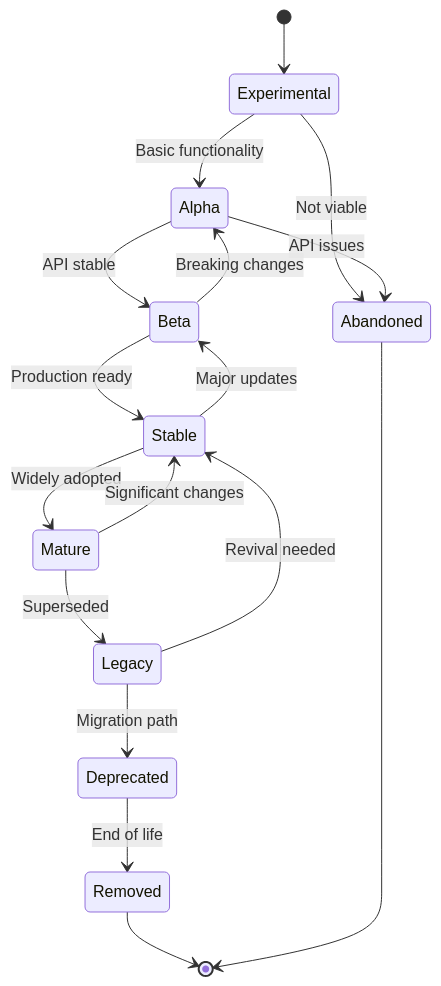
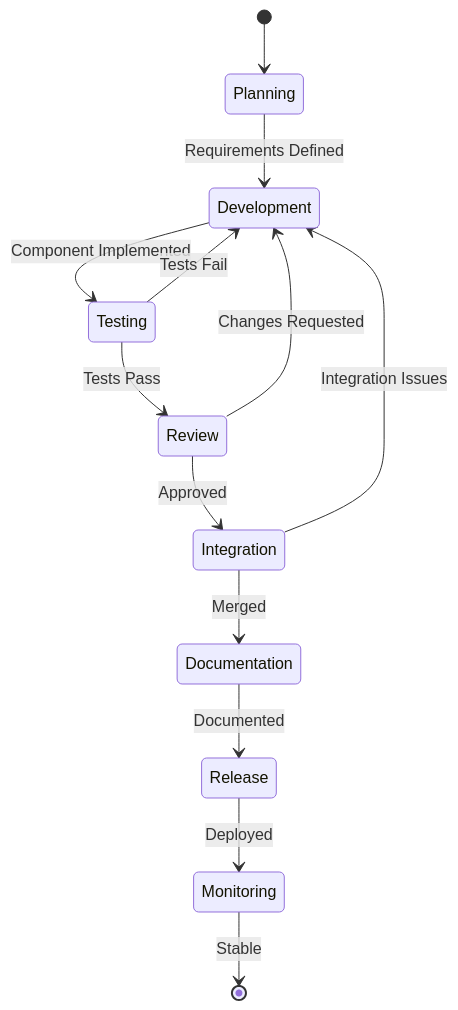
One commit to DementedWeasel1971/storybook changed the third of 5 diagrams in CLAUDE.md. Above: the diagram before and after it, drawn with Mermaid. The commit also changed other lines of this file and 4 other files, not shown here.

First line of the commit message:
feat: Implement automated CLAUDE.md generation system via Architect Crew methodology

````diff
--- a/CLAUDE.md
+++ b/CLAUDE.md
@@ -723,20 +283,16 @@
 ```mermaid
 stateDiagram-v2
-    [*] --> Experimental
-    Experimental --> Alpha: Basic functionality
-    Alpha --> Beta: API stable
-    Beta --> Stable: Production ready
-    Stable --> Mature: Widely adopted
-    Mature --> Legacy: Superseded
-    Legacy --> Deprecated: Migration path
-    Deprecated --> Removed: End of life
-    Removed --> [*]
+    [*] --> Planning
+    Planning --> Development: Requirements Defined
+    Development --> Testing: Component Implemented
+    Testing --> Review: Tests Pass
+    Review --> Integration: Approved
+    Integration --> Documentation: Merged
+    Documentation --> Release: Documented
+    Release --> Monitoring: Deployed
+    Monitoring --> [*]: Stable
     
-    Experimental --> Abandoned: Not viable
-    Alpha --> Abandoned: API issues
-    Beta --> Alpha: Breaking changes
-    Stable --> Beta: Major updates
-    Mature --> Stable: Significant changes
-    Legacy --> Stable: Revival needed
-    Abandoned --> [*]
+    Testing --> Development: Tests Fail
+    Review --> Development: Changes Requested
+    Integration --> Development: Integration Issues
 ```
````
